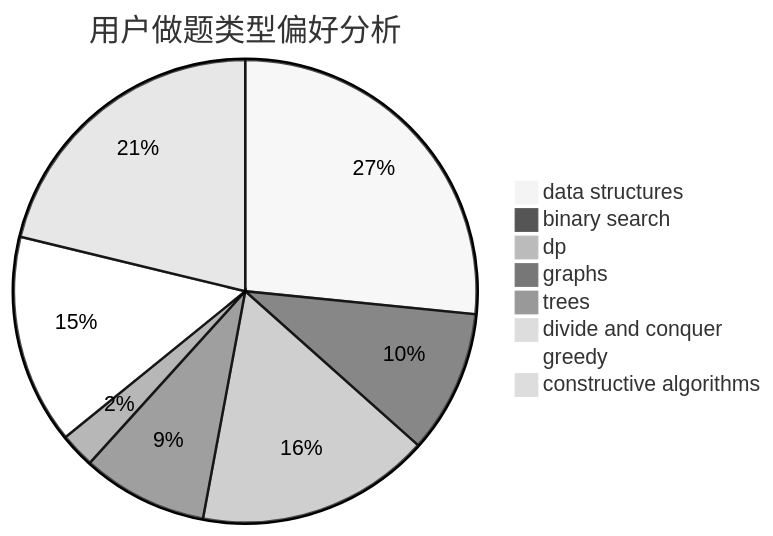
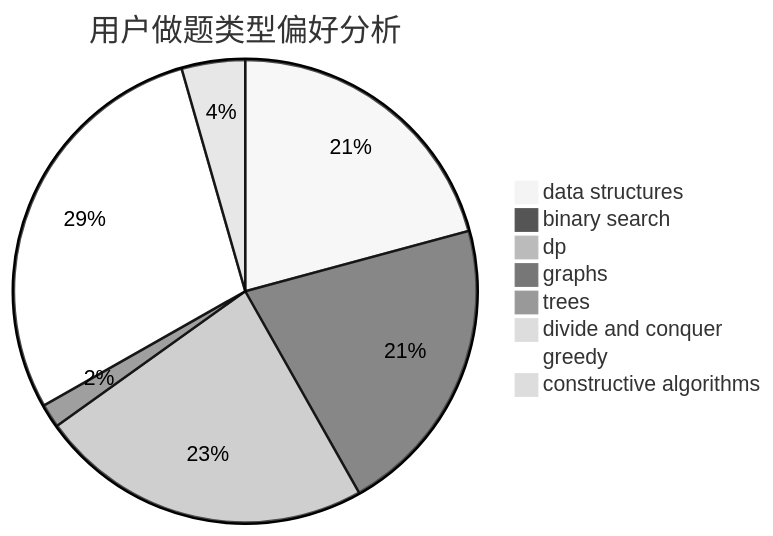
The second of 3 diagrams in docs/user/u1577.md (sherpahu/cfrs.github.io), drawn with Mermaid (neutral theme) before and after one commit. The commit also changed other lines of this file and 2770 other files, not shown here.

````diff
--- a/docs/user/u1577.md
+++ b/docs/user/u1577.md
@@ -23,11 +23,11 @@
 ```mermaid
 pie title 用户做题类型偏好分析
-    "data structures" :  109
-    "binary search" :  41
-    "dp" :  67
-    "graphs" :  36
-    "trees" :  10
+    "data structures" :  399
+    "binary search" :  403
+    "dp" :  447
+    "graphs" :  32
+    "trees" :  0
     "divide and conquer" :  0
-    "greedy" :  60
-    "constructive algorithms" :  87
+    "greedy" :  552
+    "constructive algorithms" :  85
 ```
````
